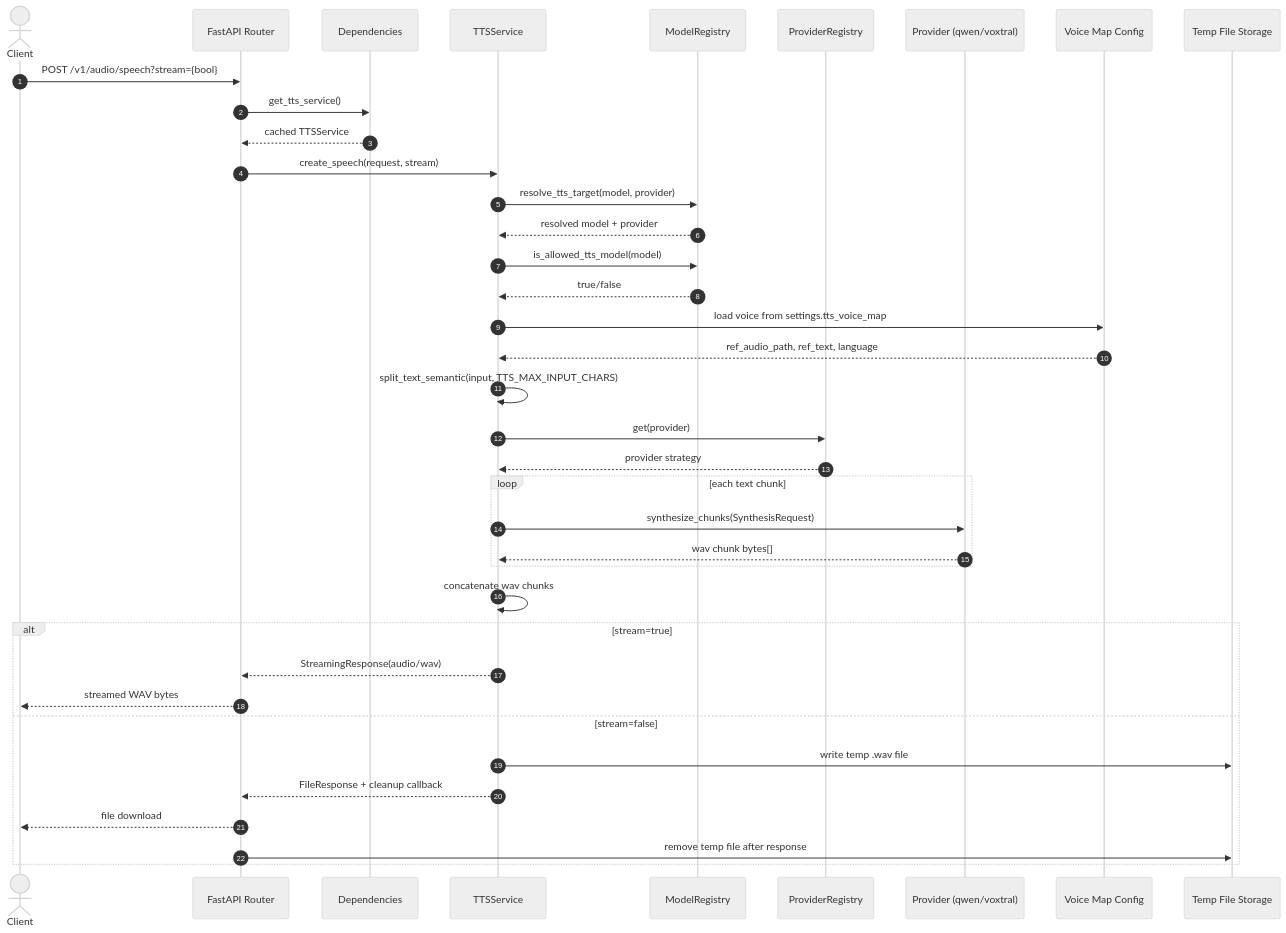
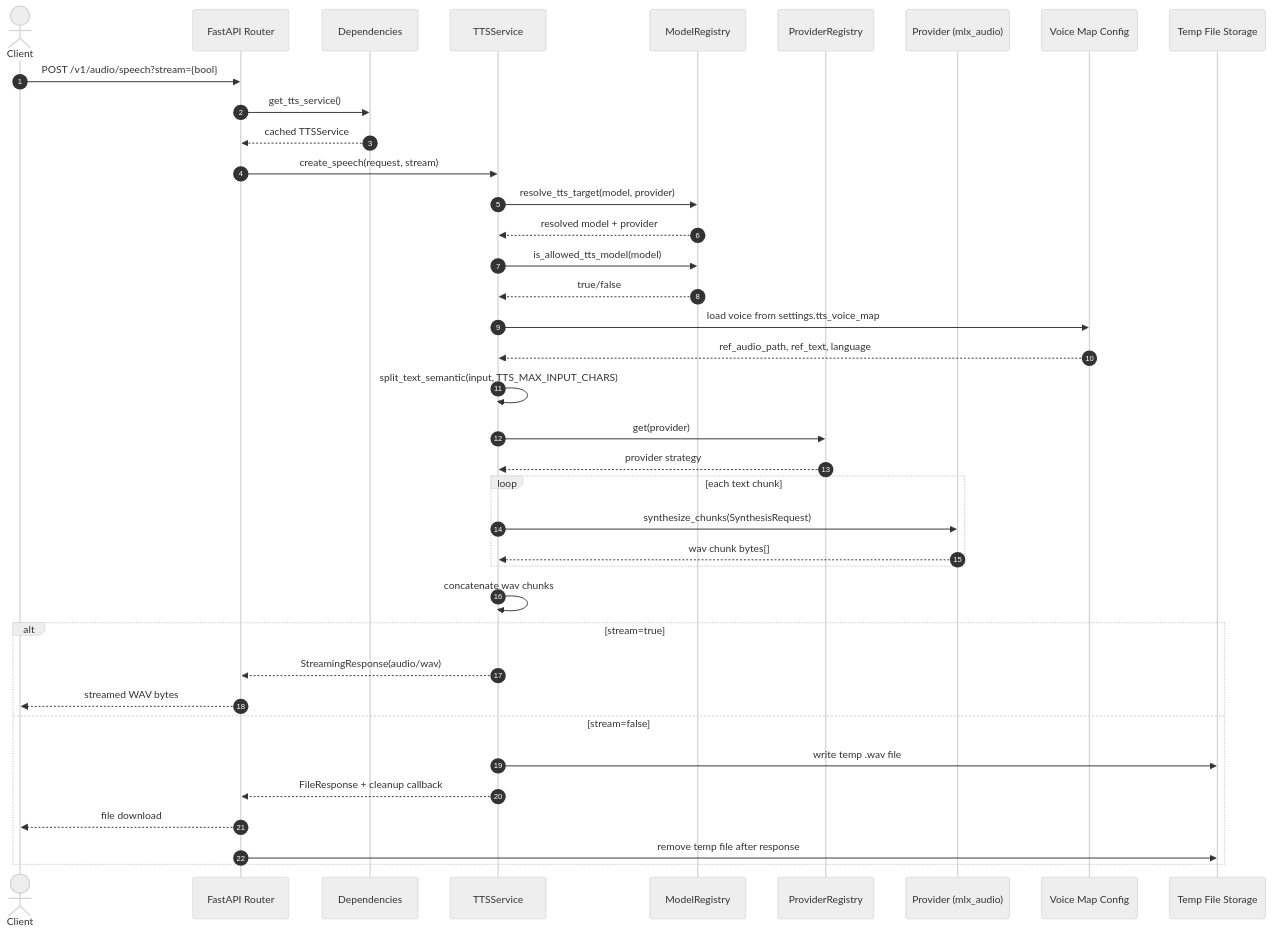
One commit to Antonio-Rinaldi/llm-tts-api changed the diagram in README.md. Above: the diagram before and after it, drawn with Mermaid (neutral theme). The commit also changed other lines of this file and 13 other files, not shown here.

Commit message:
master: unified mlx_audio_provider.py

````diff
--- a/README.md
+++ b/README.md
@@ -179,47 +174,47 @@
 ```mermaid
 sequenceDiagram
     autonumber
     actor Client
     participant API as FastAPI Router
     participant Dep as Dependencies
     participant TTS as TTSService
     participant MR as ModelRegistry
     participant PR as ProviderRegistry
-    participant Prov as Provider (qwen/voxtral)
+    participant Prov as Provider (mlx_audio)
     participant Voice as Voice Map Config
     participant FS as Temp File Storage
 
     Client->>API: POST /v1/audio/speech?stream={bool}
     API->>Dep: get_tts_service()
     Dep-->>API: cached TTSService
     API->>TTS: create_speech(request, stream)
 
     TTS->>MR: resolve_tts_target(model, provider)
     MR-->>TTS: resolved model + provider
     TTS->>MR: is_allowed_tts_model(model)
     MR-->>TTS: true/false
 
     TTS->>Voice: load voice from settings.tts_voice_map
     Voice-->>TTS: ref_audio_path, ref_text, language
 
     TTS->>TTS: split_text_semantic(input, TTS_MAX_INPUT_CHARS)
     TTS->>PR: get(provider)
     PR-->>TTS: provider strategy
 
     loop each text chunk
         TTS->>Prov: synthesize_chunks(SynthesisRequest)
         Prov-->>TTS: wav chunk bytes[]
     end
 
     TTS->>TTS: concatenate wav chunks
 
     alt stream=true
         TTS-->>API: StreamingResponse(audio/wav)
         API-->>Client: streamed WAV bytes
     else stream=false
         TTS->>FS: write temp .wav file
         TTS-->>API: FileResponse + cleanup callback
         API-->>Client: file download
         API->>FS: remove temp file after response
     end
 ```
````
